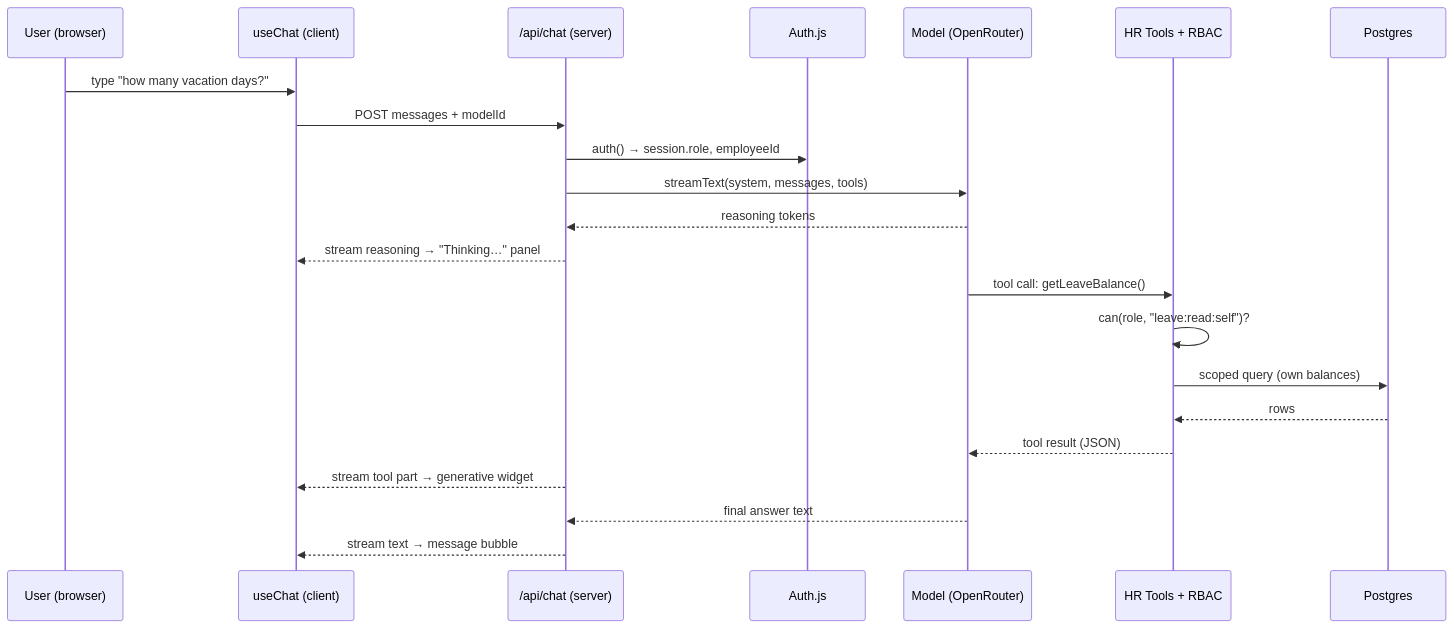
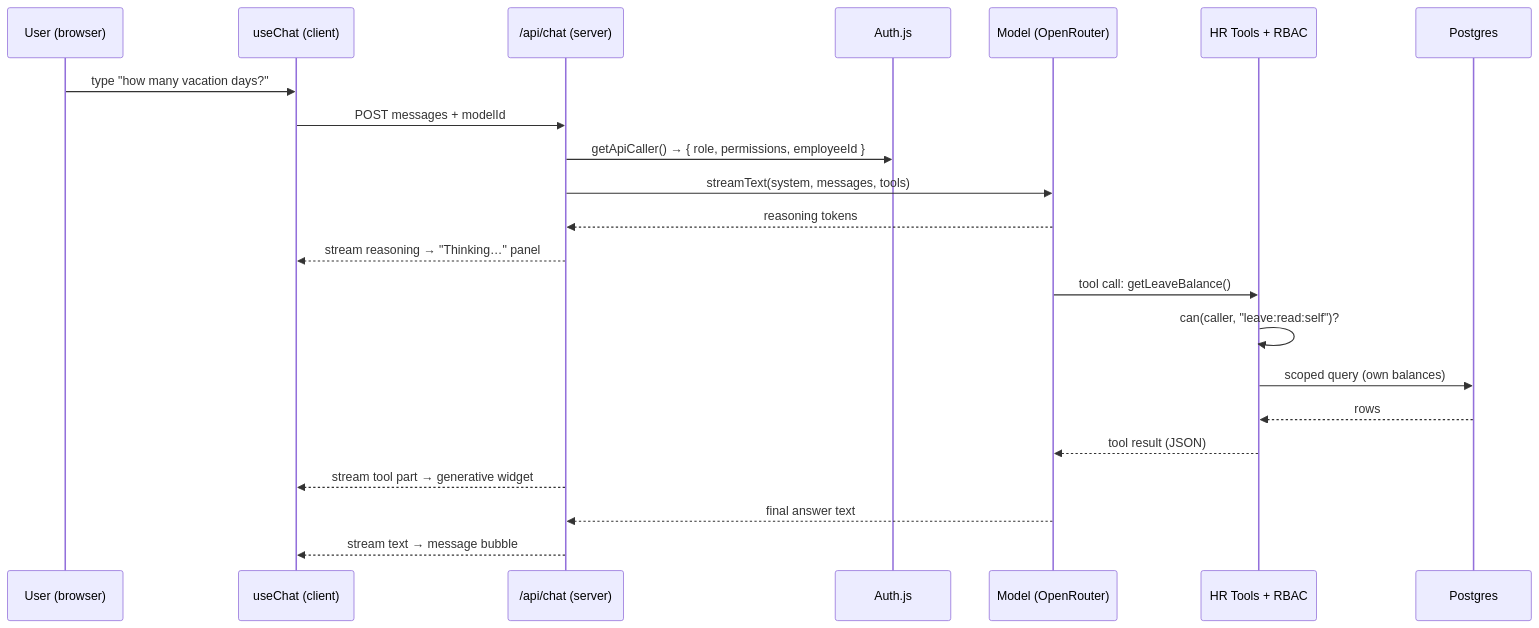
Before and after one commit to shademounir/Hari: the second of 5 diagrams in README.md, drawn with Mermaid. The commit also changed other lines of this file and 7 other files, not shown here.

````diff
--- a/README.md
+++ b/README.md
@@ -157,25 +157,25 @@
 ```mermaid
 sequenceDiagram
     participant U as User (browser)
     participant C as useChat (client)
     participant R as /api/chat (server)
     participant A as Auth.js
     participant M as Model (OpenRouter)
     participant T as HR Tools + RBAC
     participant DB as Postgres
 
     U->>C: type "how many vacation days?"
     C->>R: POST messages + modelId
-    R->>A: auth() → session.role, employeeId
+    R->>A: getApiCaller() → { role, permissions, employeeId }
     R->>M: streamText(system, messages, tools)
     M-->>R: reasoning tokens
     R-->>C: stream reasoning → "Thinking…" panel
     M->>T: tool call: getLeaveBalance()
-    T->>T: can(role, "leave:read:self")?
+    T->>T: can(caller, "leave:read:self")?
     T->>DB: scoped query (own balances)
     DB-->>T: rows
     T-->>M: tool result (JSON)
     R-->>C: stream tool part → generative widget
     M-->>R: final answer text
     R-->>C: stream text → message bubble
 ```
````
